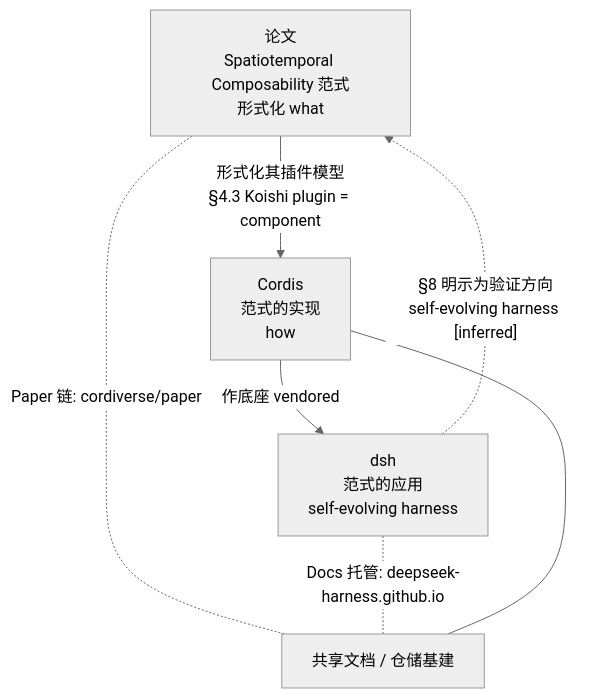
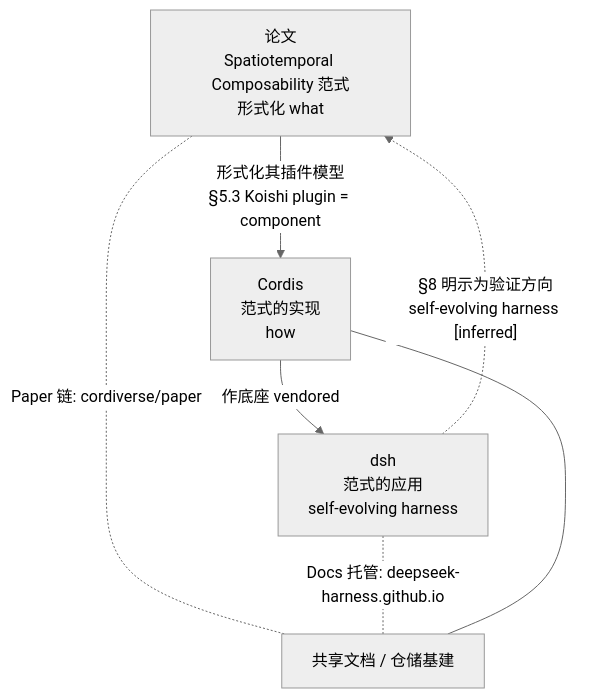
The fourth of 4 diagrams in Part V Cordis Deep Dive/29-Cordis-Koishi-dsh关系.md (xiaonancs/deepseek-harness-deep-dive), drawn with Mermaid before and after one commit. The commit also changed other lines of this file and 7 other files, not shown here.

Commit message:
review-loop round 2: revert AGENTS.md line regression, fix Koishi=component section ref (§4.3→§5.3), drop unsupported verify-runtime-closure merge and unsourced PR#41 author/status claims

````diff
--- a/Part V Cordis Deep Dive/29-Cordis-Koishi-dsh关系.md
+++ b/Part V Cordis Deep Dive/29-Cordis-Koishi-dsh关系.md
@@ -135,13 +135,13 @@
 ```mermaid
 %%{init: {'theme':'neutral'}}%%
 flowchart TB
   PAPER["论文<br/>Spatiotemporal Composability 范式<br/>形式化 what"]
   CORDIS["Cordis<br/>范式的实现<br/>how"]
   DSH["dsh<br/>范式的应用<br/>self-evolving harness"]
-  PAPER -- "形式化其插件模型<br/>§4.3 Koishi plugin = component" --> CORDIS
+  PAPER -- "形式化其插件模型<br/>§5.3 Koishi plugin = component" --> CORDIS
   CORDIS -- "作底座 vendored" --> DSH
   DSH -. "§8 明示为验证方向<br/>self-evolving harness [inferred]" .-> PAPER
   PAPER -. "Paper 链: cordiverse/paper" .- HOST
   DSH -. "Docs 托管: deepseek-harness.github.io" .- HOST["共享文档 / 仓储基建"]
   CORDIS --- HOST
 ```
````
